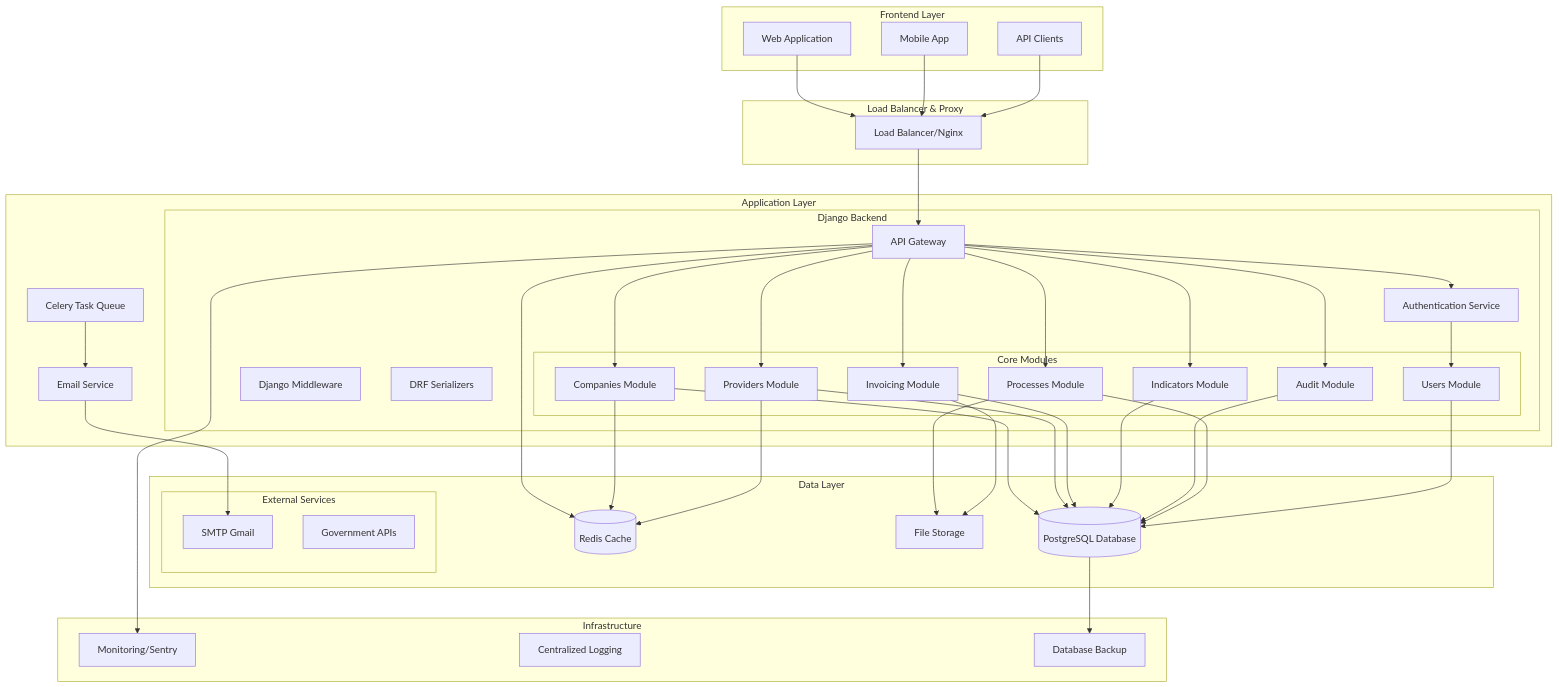
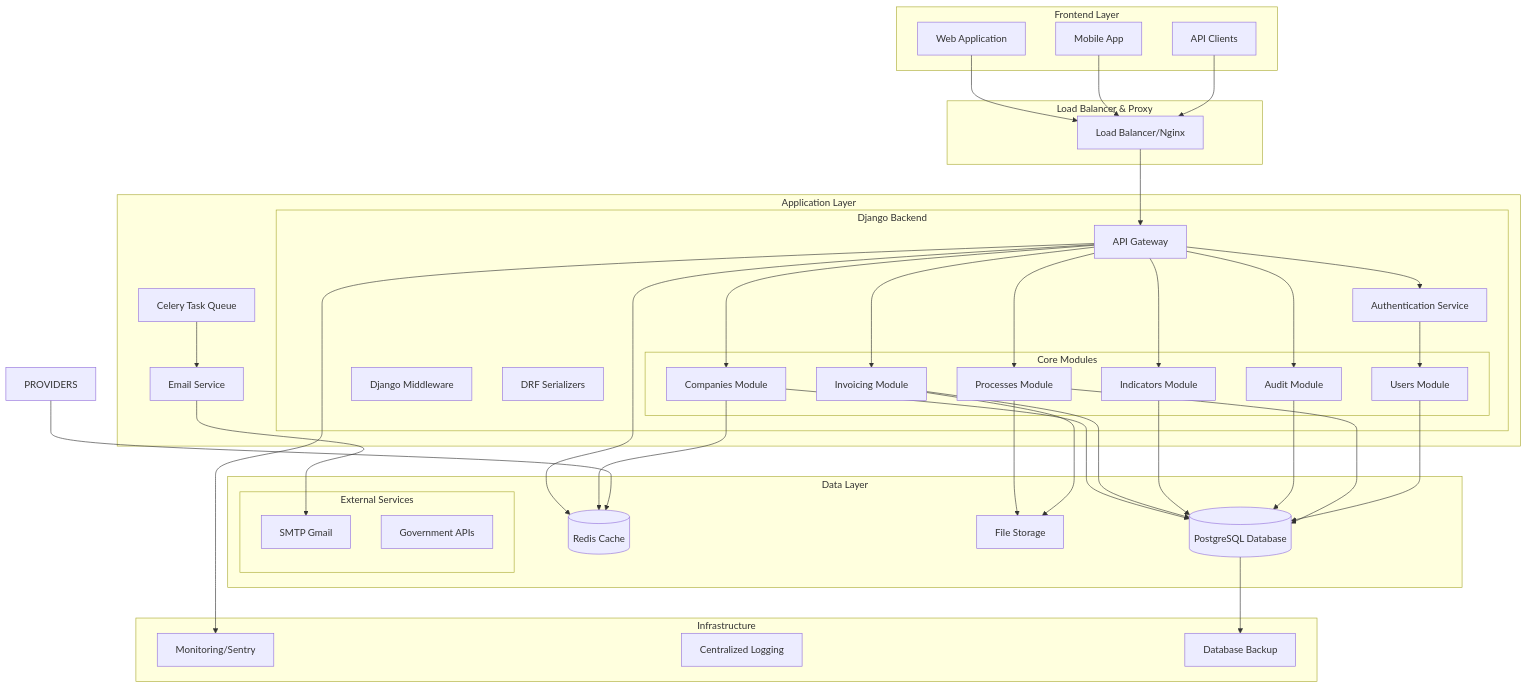
Before and after one commit to Edisonnarvaez/portal_web_frontend: the first of 10 diagrams in architecture_backend_API.md, drawn with Mermaid. The commit also changed other lines of this file, not shown here.

```diff
--- a/architecture_backend_API.md
+++ b/architecture_backend_API.md
@@ -30,7 +30,6 @@
             subgraph "Core Modules"
                 USERS[Users Module]
                 COMPANIES[Companies Module]
-                PROVIDERS[Providers Module]
                 INVOICING[Invoicing Module]
                 INDICATORS[Indicators Module]
                 AUDIT[Audit Module]
@@ -72,14 +71,12 @@
     AUTH --> USERS
     
     API_GATEWAY --> COMPANIES
-    API_GATEWAY --> PROVIDERS
     API_GATEWAY --> INVOICING
     API_GATEWAY --> INDICATORS
     API_GATEWAY --> AUDIT
     API_GATEWAY --> PROCESSES
     
     COMPANIES --> DB
-    PROVIDERS --> DB
     INVOICING --> DB
     INDICATORS --> DB
     AUDIT --> DB
```
